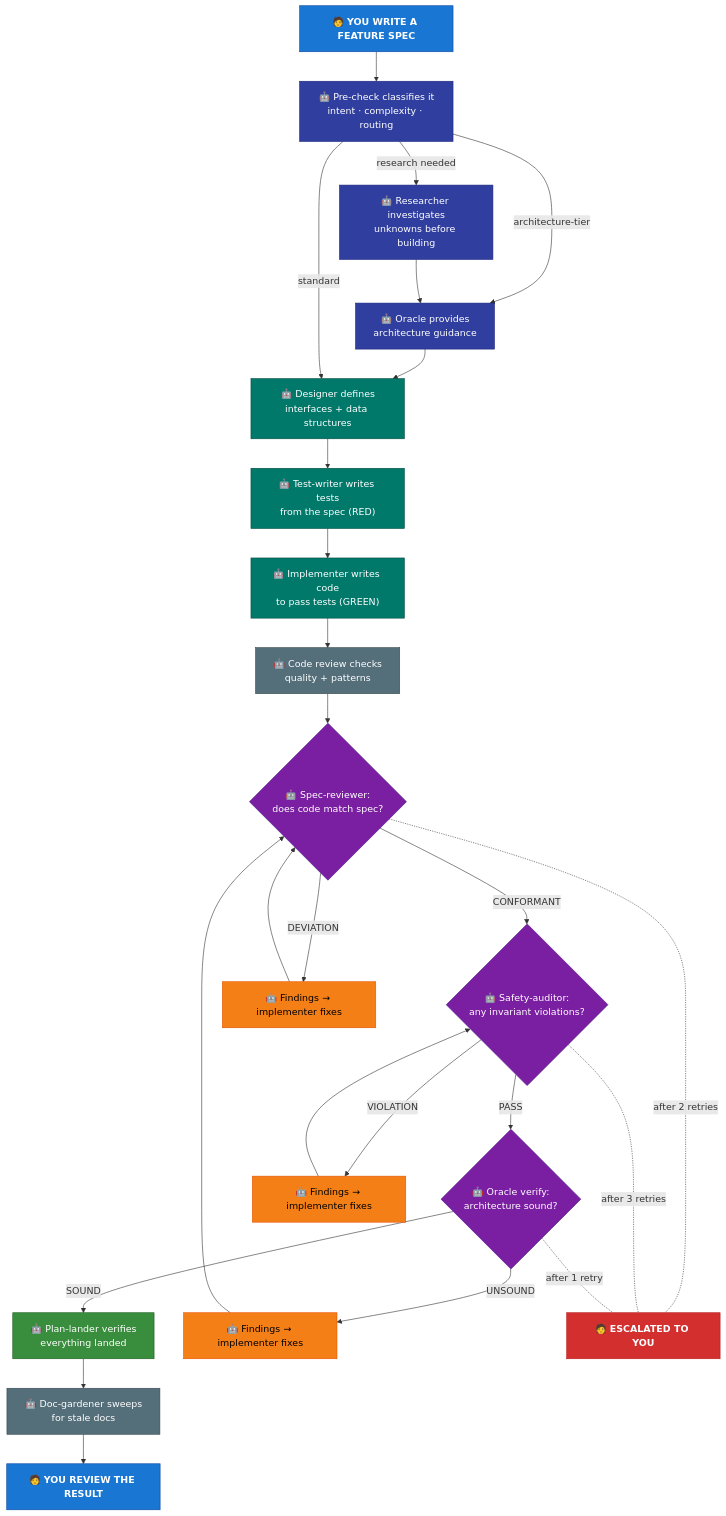
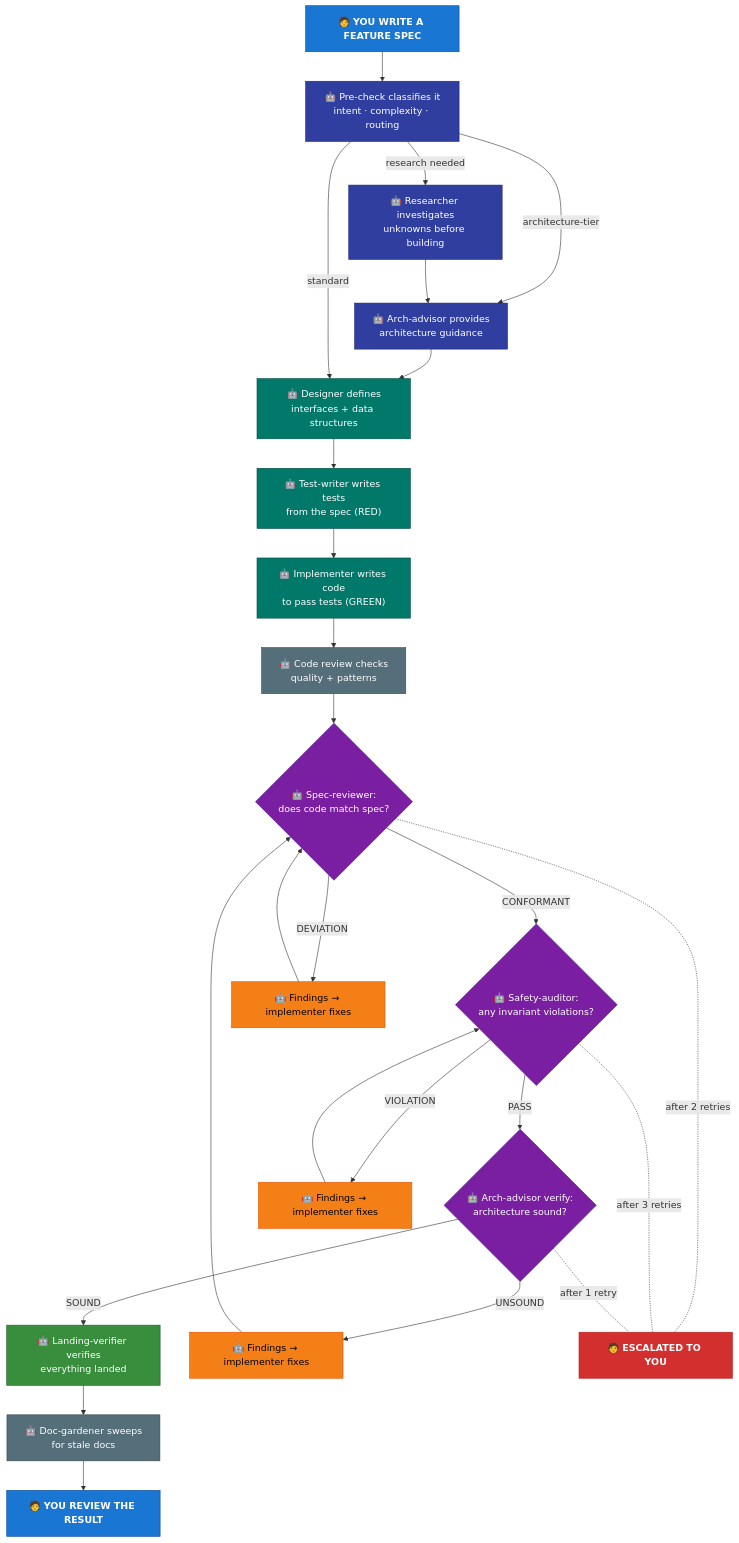
The first of 5 diagrams in docs/HOW-IT-WORKS.md (TejGandham/keel), drawn with Mermaid before and after one commit. The commit also changed other lines of this file and 30 other files, not shown here.

First line of the commit message:
refactor: rename oracle → arch-advisor, plan-lander → landing-verifier

````diff
--- a/docs/HOW-IT-WORKS.md
+++ b/docs/HOW-IT-WORKS.md
@@ -11,47 +11,47 @@
 ```mermaid
 graph TD
     Spec["🧑 <b>YOU WRITE A FEATURE SPEC</b>"] --> PC["🤖 Pre-check classifies it<br/>intent · complexity · routing"]
     PC -->|"research needed"| R["🤖 Researcher investigates<br/>unknowns before building"]
-    PC -->|"architecture-tier"| OC["🤖 Oracle provides<br/>architecture guidance"]
+    PC -->|"architecture-tier"| OC["🤖 Arch-advisor provides<br/>architecture guidance"]
     R --> OC
     OC --> D["🤖 Designer defines<br/>interfaces + data structures"]
     PC -->|"standard"| D
     D --> TW["🤖 Test-writer writes tests<br/>from the spec (RED)"]
     TW --> IMP["🤖 Implementer writes code<br/>to pass tests (GREEN)"]
     IMP --> CR["🤖 Code review checks<br/>quality + patterns"]
     CR --> SR{"🤖 Spec-reviewer:<br/>does code match spec?"}
     SR -->|"CONFORMANT"| SA{"🤖 Safety-auditor:<br/>any invariant violations?"}
     SR -->|"DEVIATION"| FIX1["🤖 Findings → implementer fixes"]
     FIX1 --> SR
-    SA -->|"PASS"| OV{"🤖 Oracle verify:<br/>architecture sound?"}
+    SA -->|"PASS"| OV{"🤖 Arch-advisor verify:<br/>architecture sound?"}
     SA -->|"VIOLATION"| FIX2["🤖 Findings → implementer fixes"]
     FIX2 --> SA
-    OV -->|"SOUND"| PL["🤖 Plan-lander verifies<br/>everything landed"]
+    OV -->|"SOUND"| PL["🤖 Landing-verifier verifies<br/>everything landed"]
     OV -->|"UNSOUND"| FIX3["🤖 Findings → implementer fixes"]
     FIX3 --> SR
     PL --> GC["🤖 Doc-gardener sweeps<br/>for stale docs"]
     GC --> PR["🧑 <b>YOU REVIEW THE RESULT</b>"]
 
     SR -.-|"after 2 retries"| ESC["🧑 <b>ESCALATED TO YOU</b>"]
     SA -.-|"after 3 retries"| ESC
     OV -.-|"after 1 retry"| ESC
 
     style Spec fill:#1976D2,stroke:#0D47A1,color:#fff
     style PC fill:#303F9F,stroke:#1A237E,color:#fff
     style R fill:#303F9F,stroke:#1A237E,color:#fff
     style OC fill:#303F9F,stroke:#1A237E,color:#fff
     style D fill:#00796B,stroke:#004D40,color:#fff
     style TW fill:#00796B,stroke:#004D40,color:#fff
     style IMP fill:#00796B,stroke:#004D40,color:#fff
     style CR fill:#546E7A,stroke:#37474F,color:#fff
     style SR fill:#7B1FA2,stroke:#4A148C,color:#fff
     style SA fill:#7B1FA2,stroke:#4A148C,color:#fff
     style OV fill:#7B1FA2,stroke:#4A148C,color:#fff
     style FIX1 fill:#F57F17,stroke:#E65100,color:#000
     style FIX2 fill:#F57F17,stroke:#E65100,color:#000
     style FIX3 fill:#F57F17,stroke:#E65100,color:#000
     style PL fill:#388E3C,stroke:#1B5E20,color:#fff
     style GC fill:#546E7A,stroke:#37474F,color:#fff
     style PR fill:#1976D2,stroke:#0D47A1,color:#fff
     style ESC fill:#D32F2F,stroke:#B71C1C,color:#fff
 ```
````
